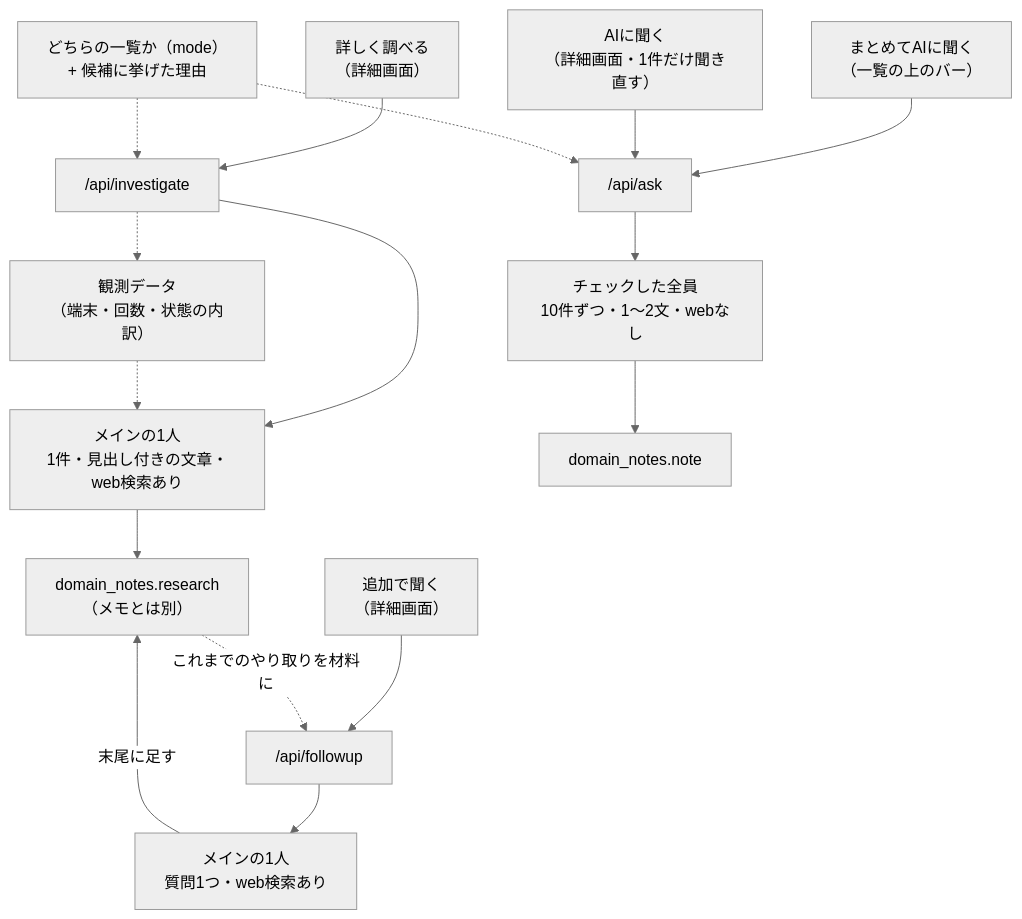
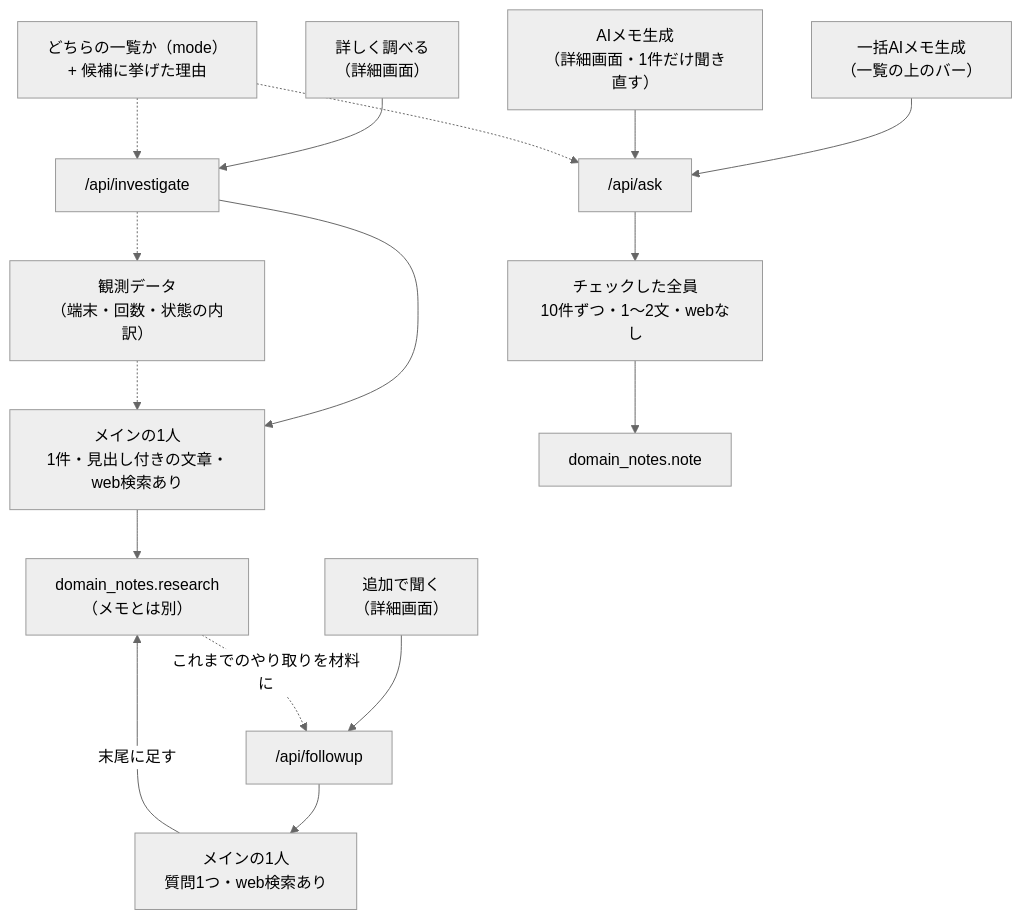
Before and after one commit to rtcode337/pihole-monitor: the fourth of 6 diagrams in docs/architecture.md, drawn with Mermaid (neutral theme). The commit also changed 8 other files, not shown here.

````diff
--- a/docs/architecture.md
+++ b/docs/architecture.md
@@ -195,23 +195,23 @@
 ```mermaid
 flowchart TB
-    B1["まとめてAIに聞く<br/>（一覧の上のバー）"] --> ASK["/api/ask"]
-    B0["AIに聞く<br/>（詳細画面・1件だけ聞き直す）"] --> ASK
+    B1["一括AIメモ生成<br/>（一覧の上のバー）"] --> ASK["/api/ask"]
+    B0["AIメモ生成<br/>（詳細画面・1件だけ聞き直す）"] --> ASK
     B2["詳しく調べる<br/>（詳細画面）"] --> INV["/api/investigate"]
 
     ASK --> ALL["チェックした全員<br/>10件ずつ・1〜2文・webなし"]
     INV --> ONE["メインの1人<br/>1件・見出し付きの文章・web検索あり"]
 
     MODE["どちらの一覧か（mode）<br/>+ 候補に挙げた理由"] -.-> ASK
     MODE -.-> INV
 
     INV -.-> PROF["観測データ<br/>（端末・回数・状態の内訳）"]
     PROF -.-> ONE
 
     ALL --> NOTE["domain_notes.note"]
     ONE --> RES["domain_notes.research<br/>（メモとは別）"]
 
     B3["追加で聞く<br/>（詳細画面）"] --> FU["/api/followup"]
     RES -.->|これまでのやり取りを材料に| FU
     FU --> ONE2["メインの1人<br/>質問1つ・web検索あり"]
     ONE2 -->|末尾に足す| RES
 ```
````
